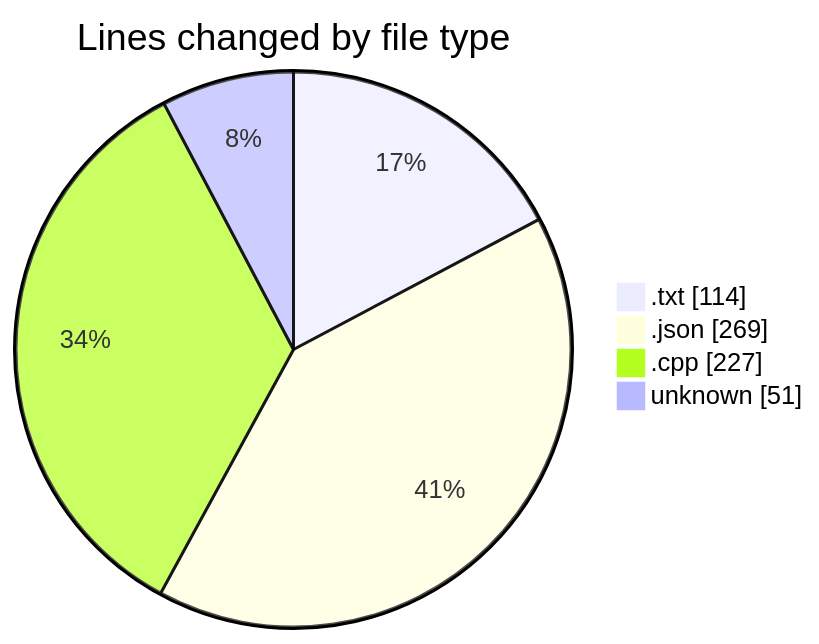
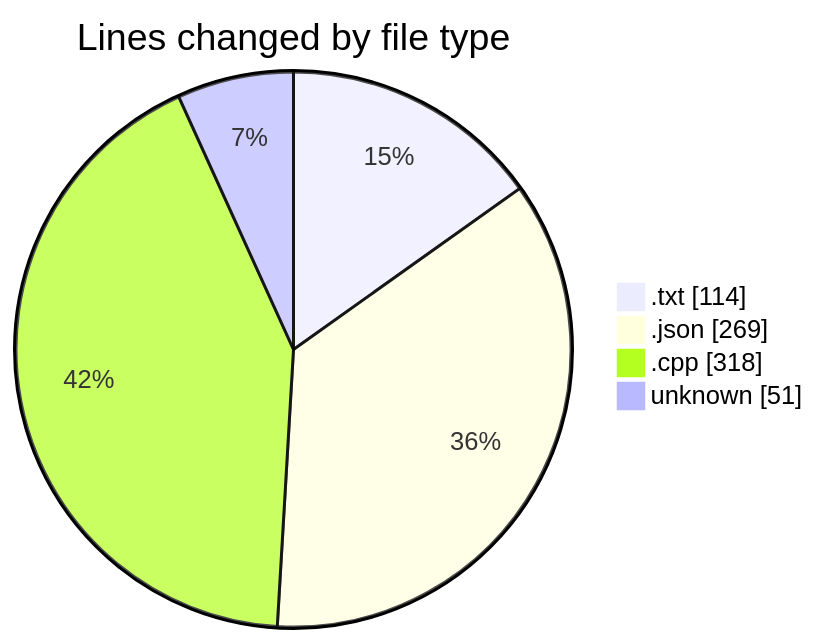
The first of 2 diagrams in 2025-04-07/echo/README.md (Netris89/code-tracking), drawn with Mermaid before and after one commit. The commit also changed other lines of this file and 1 other file, not shown here.

````diff
--- a/2025-04-07/echo/README.md
+++ b/2025-04-07/echo/README.md
@@ -24,8 +24,8 @@
 ```mermaid
 pie showData
 title Lines changed by file type
 ".txt" : 114
 ".json" : 269
-".cpp" : 227
+".cpp" : 318
 "unknown" : 51
 ```
````
